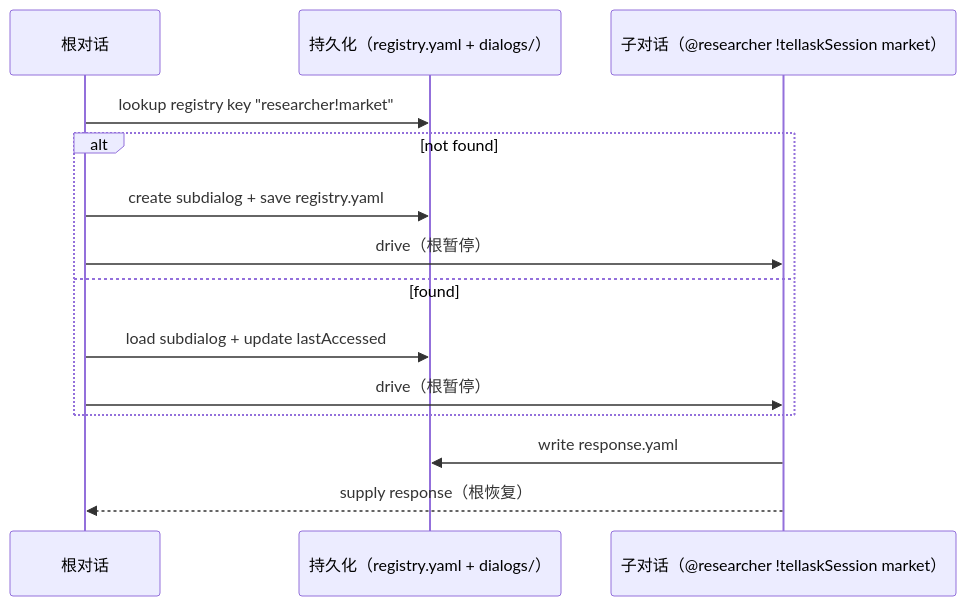
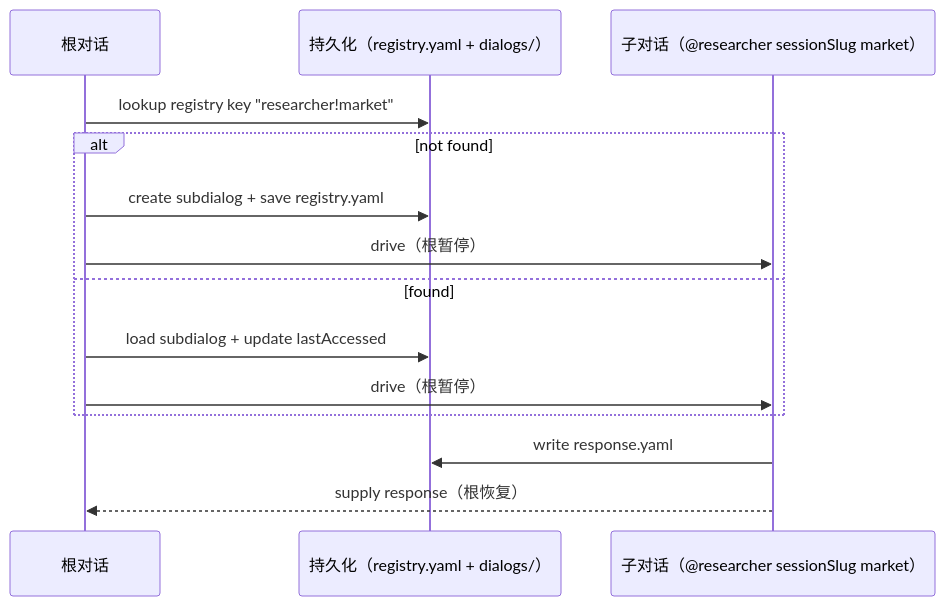
Before and after one commit to longrun-ai/dominds: diagram 18 of 18 in docs/dialog-system.zh.md, drawn with Mermaid. The commit also changed other lines of this file and 21 other files, not shown here.

````diff
--- a/docs/dialog-system.zh.md
+++ b/docs/dialog-system.zh.md
@@ -1245,18 +1245,18 @@
 ```mermaid
 sequenceDiagram
   participant Root as 根对话
   participant Store as 持久化（registry.yaml + dialogs/）
-  participant Sub as 子对话（@researcher !tellaskSession market）
+  participant Sub as 子对话（@researcher sessionSlug market）
 
   Root->>Store: lookup registry key "researcher!market"
   alt not found
     Root->>Store: create subdialog + save registry.yaml
     Root->>Sub: drive（根暂停）
   else found
     Root->>Store: load subdialog + update lastAccessed
     Root->>Sub: drive（根暂停）
   end
 
   Sub->>Store: write response.yaml
   Sub-->>Root: supply response（根恢复）
 ```
````
